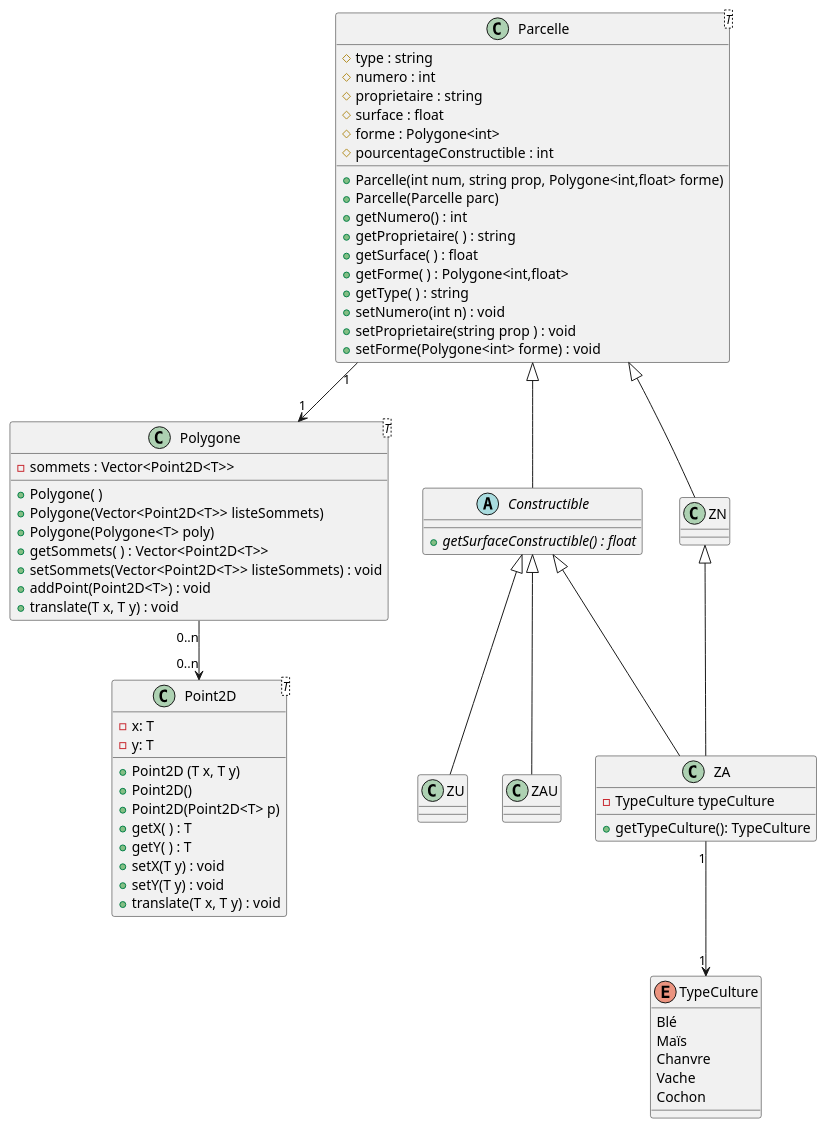
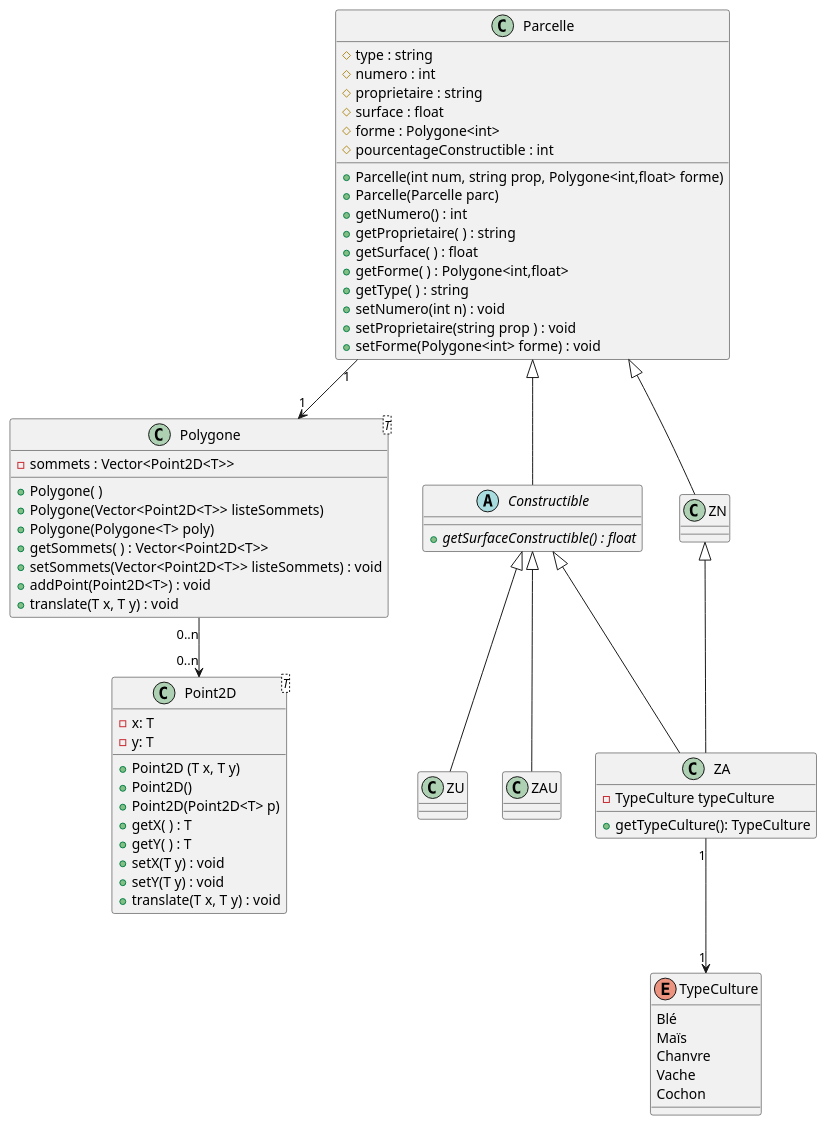
One commit to ECN-SEC-SMP/tp4-not-damien_simon_titouan_louis changed the diagram in doc/ClassDiagram.puml. Above: the diagram before and after it, drawn with PlantUML. The commit also changed 1 other file, not shown here.

Commit message:
[Doc] Fix class diagram

```diff
--- a/doc/ClassDiagram.puml
+++ b/doc/ClassDiagram.puml
@@ -1,82 +1,82 @@
 @startuml Class Diagram
 
 class Point2D <T> {
     - x: T
     - y: T
 
     + Point2D (T x, T y)
     + Point2D()
     + Point2D(Point2D<T> p)
     + getX( ) : T
     + getY( ) : T
     + setX(T y) : void
     + setY(T y) : void
     + translate(T x, T y) : void
 }
 
 class Polygone <T> {
     - sommets : Vector<Point2D<T>>
 
     + Polygone( )
     + Polygone(Vector<Point2D<T>> listeSommets)
     + Polygone(Polygone<T> poly)
     + getSommets( ) : Vector<Point2D<T>>
     + setSommets(Vector<Point2D<T>> listeSommets) : void
     + addPoint(Point2D<T>) : void
     + translate(T x, T y) : void
 }
 
 
-class Parcelle<T> {
+class Parcelle {
     # type : string
     # numero : int
     # proprietaire : string
     # surface : float
     # forme : Polygone<int>
     # pourcentageConstructible : int
 
     + Parcelle(int num, string prop, Polygone<int,float> forme)
     + Parcelle(Parcelle parc)
     + getNumero() : int
     + getProprietaire( ) : string
     + getSurface( ) : float
     + getForme( ) : Polygone<int,float>
     + getType( ) : string
     + setNumero(int n) : void
     + setProprietaire(string prop ) : void
     + setForme(Polygone<int> forme) : void
 }
 
 abstract class Constructible extends Parcelle {
     {abstract} + getSurfaceConstructible() : float
 }
 
 class ZU extends Constructible {}
 
 class ZAU extends Constructible {}
 
 class ZN extends Parcelle {}
 
 class ZA extends ZN, Constructible {
     - TypeCulture typeCulture
     + getTypeCulture(): TypeCulture
 }
 
 enum TypeCulture {
     Blé
     Maïs
     Chanvre
     Vache
     Cochon
 }
 
 
 
 Polygone "0..n" --> "0..n" Point2D
 Parcelle "1" --> "1" Polygone
 
 ZA "1" --> "1" TypeCulture
 
 
 
 @enduml
```
